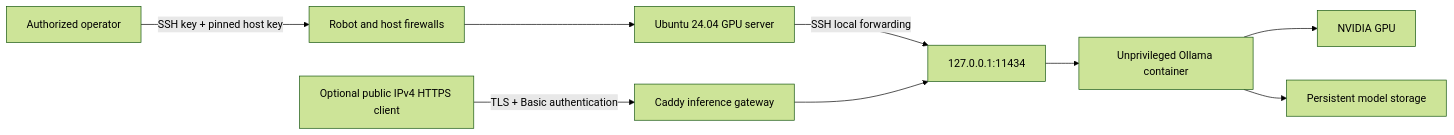
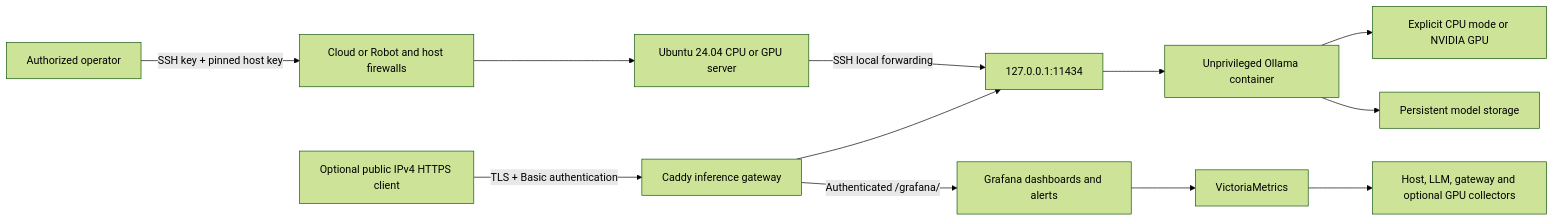
The diagram in README.md (thuban-arrakis/hetzner-gpu-llm-ansible), drawn with Mermaid (forest theme) before and after one commit. The commit also changed other lines of this file and 32 other files, not shown here.

Commit message:
Deploy VictoriaMetrics and authenticated Grafana monitoring

````diff
--- a/README.md
+++ b/README.md
@@ -18,11 +33,14 @@
 ```mermaid
 flowchart LR
-    C[Authorized operator] -->|SSH key + pinned host key| F[Robot and host firewalls]
-    F --> H[Ubuntu 24.04 GPU server]
+    C[Authorized operator] -->|SSH key + pinned host key| F[Cloud or Robot and host firewalls]
+    F --> H[Ubuntu 24.04 CPU or GPU server]
     H -->|SSH local forwarding| A[127.0.0.1:11434]
     A --> O[Unprivileged Ollama container]
-    O --> G[NVIDIA GPU]
+    O --> G[Explicit CPU mode or NVIDIA GPU]
     O --> V[Persistent model storage]
     P[Optional public IPv4 HTTPS client] -->|TLS + Basic authentication| T[Caddy inference gateway]
     T --> A
+    T -->|Authenticated /grafana/| D[Grafana dashboards and alerts]
+    D --> M[VictoriaMetrics]
+    M --> E[Host, LLM, gateway and optional GPU collectors]
 ```
````
